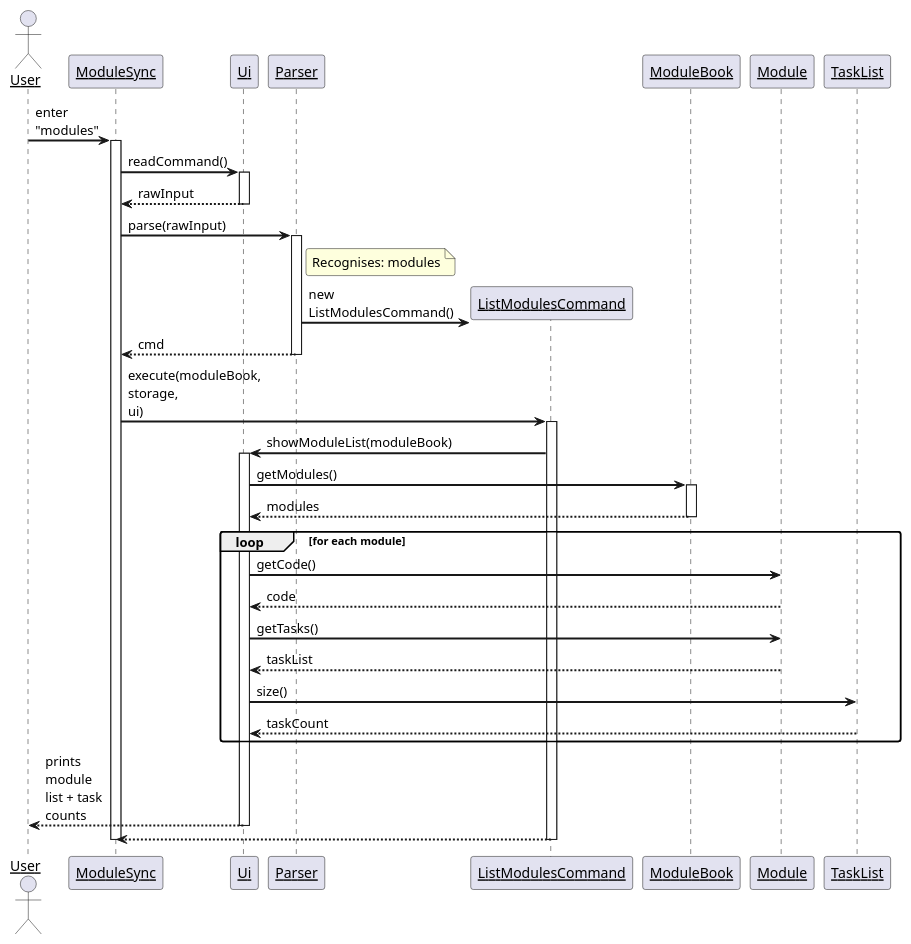
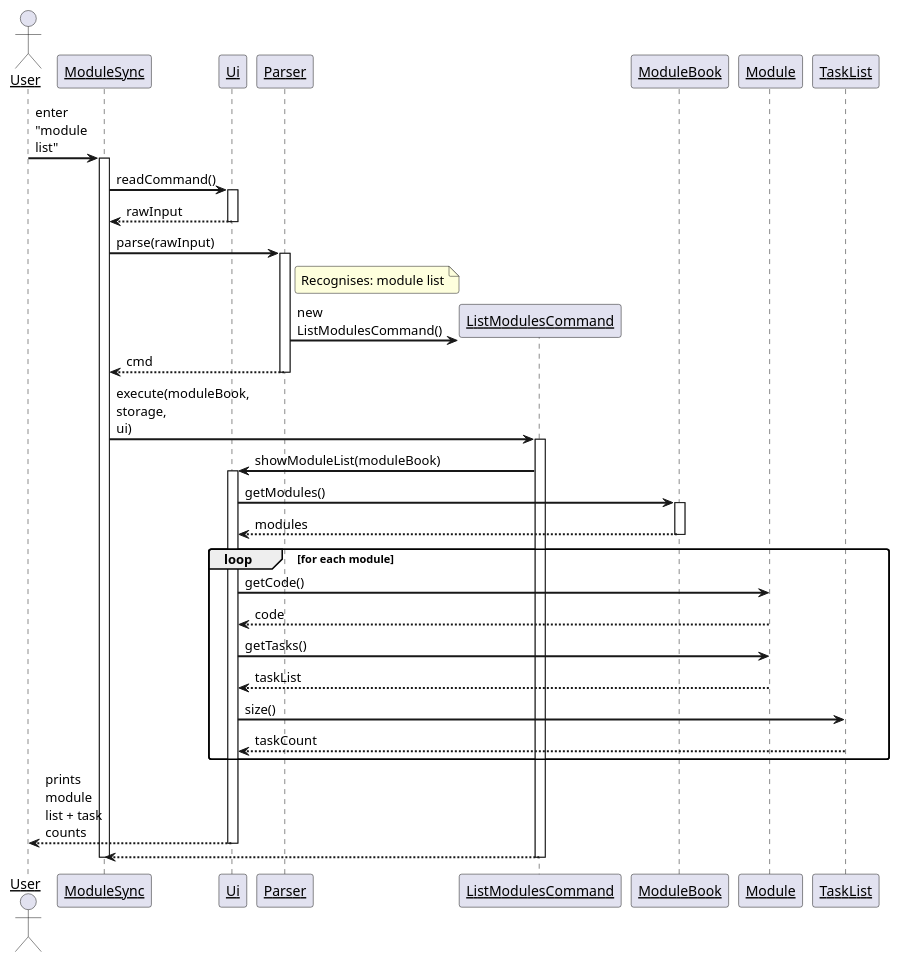
Before and after one commit to heeelol/tp: the diagram in docs/diagrams/ListModulesSequenceDiagram.puml, drawn with PlantUML. The commit also changed 13 other files, not shown here.

Commit message:
updated module list and semester stats command and added archive and unarchive for semesters

```diff
--- a/docs/diagrams/ListModulesSequenceDiagram.puml
+++ b/docs/diagrams/ListModulesSequenceDiagram.puml
@@ -1,64 +1,64 @@
 @startuml ListModulesSequenceDiagram
 
 skinparam sequenceArrowThickness 2
 skinparam roundcorner 5
 skinparam maxmessagesize 60
 skinparam sequenceParticipant underline
 
 Actor User as user
 Participant "ModuleSync" as app
 Participant "Ui" as ui
 Participant "Parser" as parser
 Participant "ListModulesCommand" as cmd
 Participant "ModuleBook" as moduleBook
 Participant "Module" as module
 Participant "TaskList" as taskList
 
-user -> app : enter "modules"
+user -> app : enter "module list"
 activate app
 
 app -> ui : readCommand()
 activate ui
 ui --> app : rawInput
 deactivate ui
 
 app -> parser : parse(rawInput)
 activate parser
 
 note right of parser
-  Recognises: modules
+  Recognises: module list
 end note
 
 create cmd
 parser -> cmd : new ListModulesCommand()
 parser --> app : cmd
 deactivate parser
 
 app -> cmd : execute(moduleBook, storage, ui)
 activate cmd
 
 cmd -> ui : showModuleList(moduleBook)
 activate ui
 ui -> moduleBook : getModules()
 activate moduleBook
 moduleBook --> ui : modules
 deactivate moduleBook
 
 loop for each module
   ui -> module : getCode()
   module --> ui : code
   ui -> module : getTasks()
   module --> ui : taskList
   ui -> taskList : size()
   taskList --> ui : taskCount
 end
 
 ui --> user : prints module list + task counts
 deactivate ui
 
 cmd --> app
 deactivate cmd
 
 deactivate app
 
 @enduml
```
